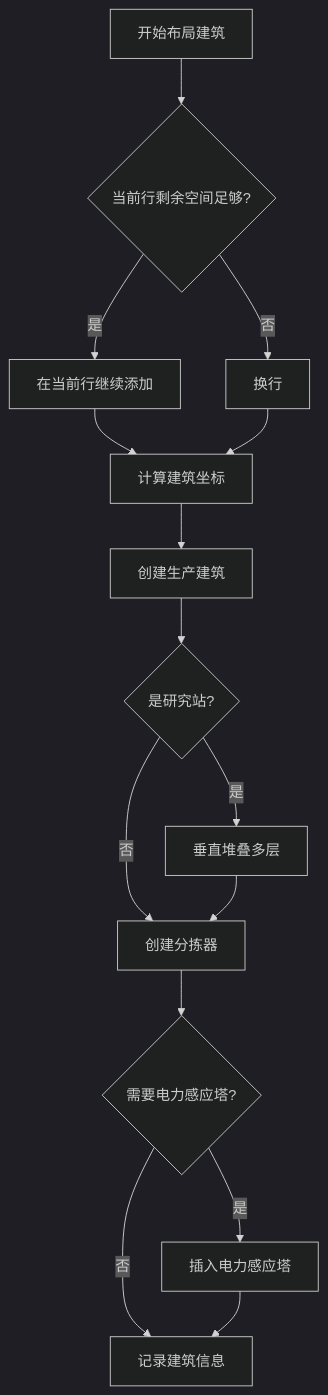
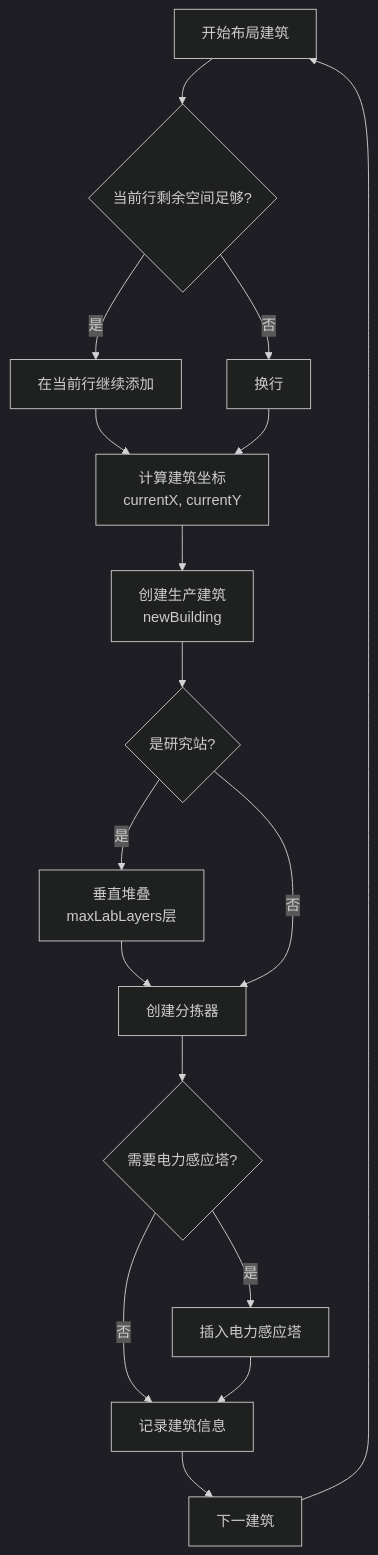
One commit to 793383996/DSQ changed the second of 3 diagrams in Scripts/localDocs/蓝图说明.md. Above: the diagram before and after it, drawn with Mermaid (dark theme). The commit also changed other lines of this file and 7 other files, not shown here.

First line of the commit message:
feat: 实现蓝图堆叠模块(方案A)和完整文档

````diff
--- a/Scripts/localDocs/蓝图说明.md
+++ b/Scripts/localDocs/蓝图说明.md
@@ -251,17 +619,19 @@
 ```mermaid
 flowchart TD
     A[开始布局建筑] --> B{当前行剩余空间足够?}
     B -->|是| C[在当前行继续添加]
     B -->|否| D[换行]
-    C --> E[计算建筑坐标]
+    C --> E[计算建筑坐标<br/>currentX, currentY]
     D --> E
-    E --> F[创建生产建筑]
+    E --> F[创建生产建筑<br/>newBuilding]
     F --> G{是研究站?}
-    G -->|是| H[垂直堆叠多层]
-    G -->|否| I[创建分拣器]
-    H --> I
+    G -->|是| H[垂直堆叠<br/>maxLabLayers层]
+    H --> I[创建分拣器]
+    G -->|否| I
     I --> J{需要电力感应塔?}
     J -->|是| K[插入电力感应塔]
     J -->|否| L[记录建筑信息]
     K --> L
+    L --> M[下一建筑]
+    M --> A
 ```
````
